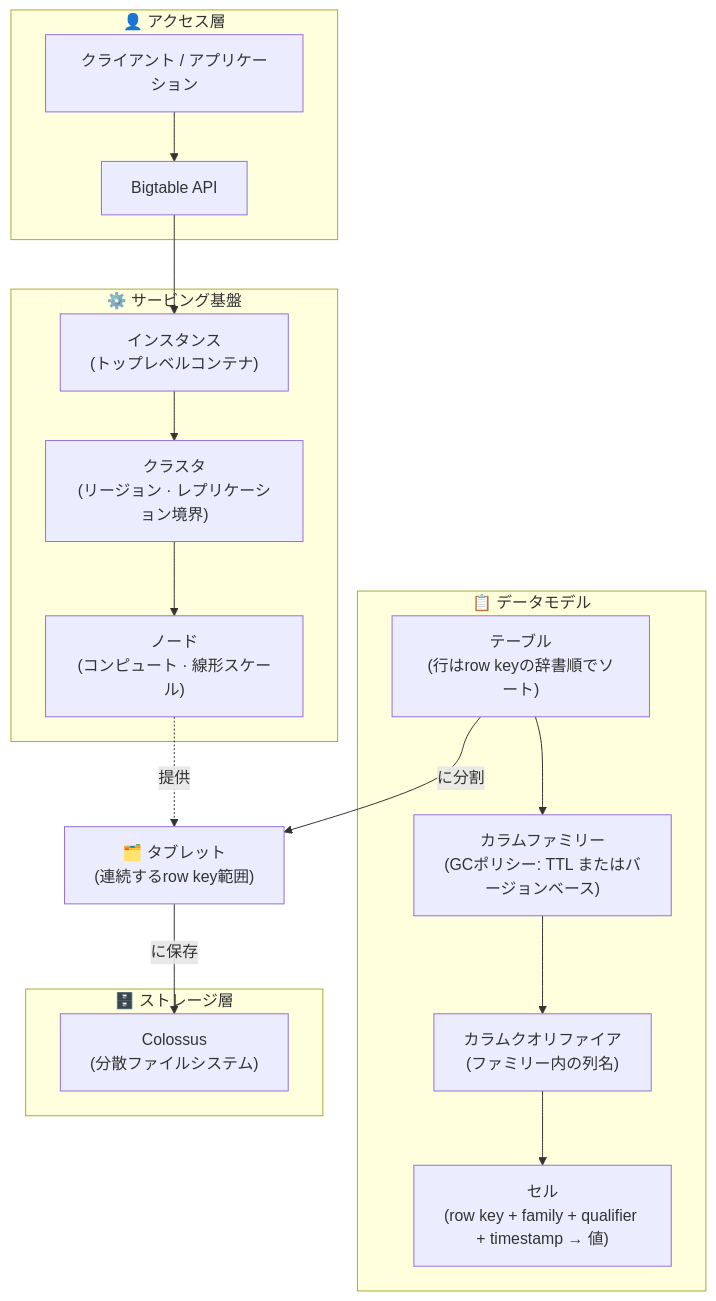
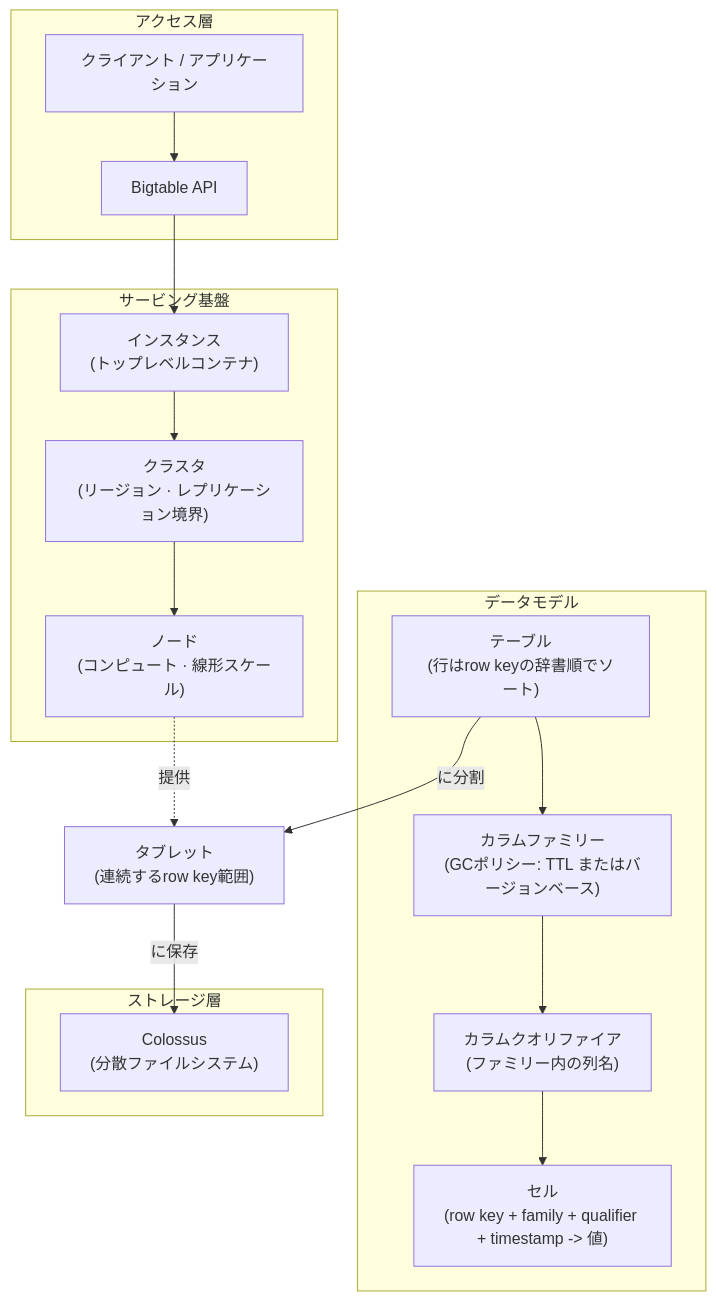
The first of 2 diagrams in content/OperationalDBs/Bigtable.md (Maskish86/gcp-pde-exam-guide-ja), drawn with Mermaid before and after one commit. The commit also changed other lines of this file and 6 other files, not shown here.

````diff
--- a/content/OperationalDBs/Bigtable.md
+++ b/content/OperationalDBs/Bigtable.md
@@ -21,46 +21,46 @@
 ```mermaid
 flowchart TB
 
 %% ACCESS
-subgraph ACCESS["👤 アクセス層"]
+subgraph ACCESS["アクセス層"]
     APP["クライアント / アプリケーション"]
     API["Bigtable API"]
 end
 
 %% INFRASTRUCTURE
-subgraph INFRA["⚙️ サービング基盤"]
+subgraph INFRA["サービング基盤"]
     INST["インスタンス<br/>(トップレベルコンテナ)"]
     CL["クラスタ<br/>(リージョン · レプリケーション境界)"]
     ND["ノード<br/>(コンピュート · 線形スケール)"]
     INST --> CL --> ND
 end
 
-%% TABLETS — bridge between data model and serving/storage
-TAB["🗂️ タブレット<br/>(連続するrow key範囲)"]
+%% TABLETS - bridge between data model and serving/storage
+TAB["タブレット<br/>(連続するrow key範囲)"]
 
 %% DATA MODEL
-subgraph DATA["📋 データモデル"]
+subgraph DATA["データモデル"]
     TBL["テーブル<br/>(行はrow keyの辞書順でソート)"]
     CF["カラムファミリー<br/>(GCポリシー: TTL またはバージョンベース)"]
     CQ["カラムクオリファイア<br/>(ファミリー内の列名)"]
-    CELL["セル<br/>(row key + family + qualifier + timestamp → 値)"]
+    CELL["セル<br/>(row key + family + qualifier + timestamp -> 値)"]
     TBL --> CF --> CQ --> CELL
 end
 
 %% STORAGE
-subgraph STORE["🗄️ ストレージ層"]
+subgraph STORE["ストレージ層"]
     COL["Colossus<br/>(分散ファイルシステム)"]
 end
 
 %% ACCESS FLOW
 APP --> API --> INST
 
 %% TABLE PARTITIONED INTO TABLETS
 TBL -->|に分割| TAB
 
-%% NODES SERVE TABLETS (not own — tablets can move between nodes)
+%% NODES SERVE TABLETS (not own - tablets can move between nodes)
 ND -.->|提供| TAB
 
 %% TABLETS STORED IN COLOSSUS
 TAB -->|に保存| COL
 ```
````
